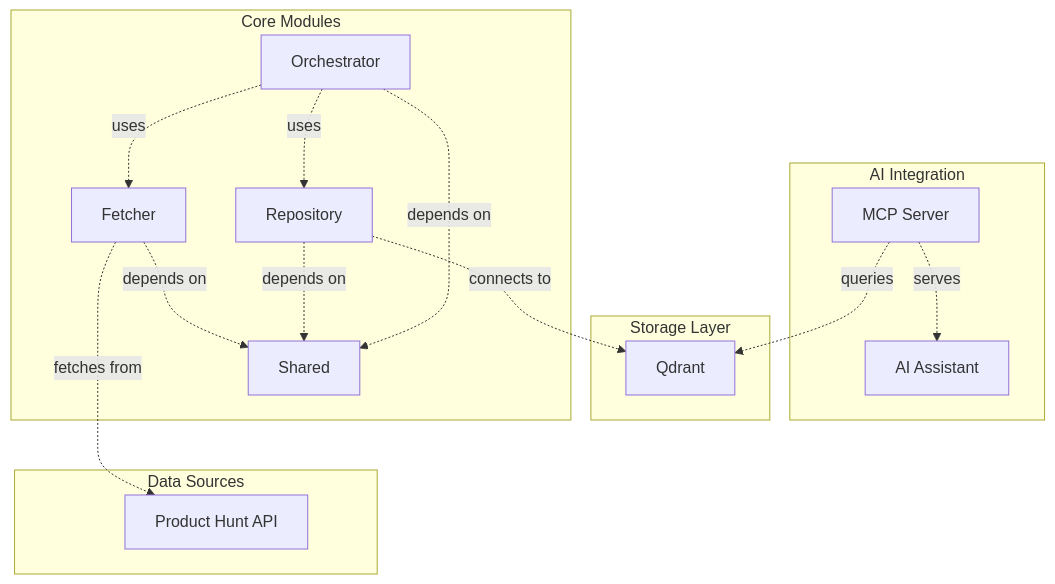
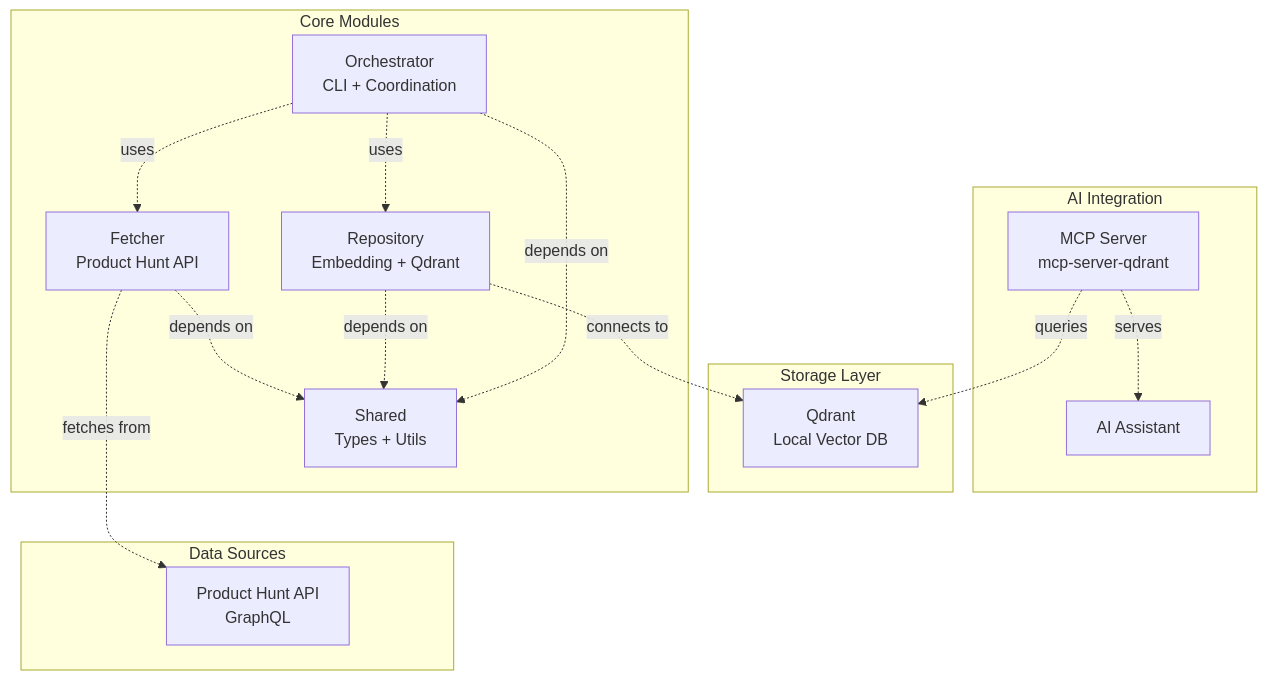
The diagram in README.md (aoki-h-jp/producthunt-mcp-research), drawn with Mermaid before and after one commit. The commit also changed other lines of this file, not shown here.

Commit message:
Rename project from producthunt-mcp-search to producthunt-mcp-research

````diff
--- a/README.md
+++ b/README.md
@@ -9,36 +9,35 @@
 ```mermaid
 graph TB
     subgraph "AI Integration"
-        M[MCP Server]
+        M[MCP Server<br/>mcp-server-qdrant]
         AI[AI Assistant]
     end
 
     subgraph "Storage Layer"
-        L[Qdrant]
+        L[Qdrant<br/>Local Vector DB]
     end
 
     subgraph "Core Modules"
-        F[Fetcher]
-        R[Repository]
-        O[Orchestrator]
-        S[Shared]
+        F[Fetcher<br/>Product Hunt API]
+        R[Repository<br/>Embedding + Qdrant]
+        O[Orchestrator<br/>CLI + Coordination]
+        S[Shared<br/>Types + Utils]
     end
 
     subgraph "Data Sources"
-        PH[Product Hunt API]
+        PH[Product Hunt API<br/>GraphQL]
     end
 
     %% Core Modules <--> Storage Layer/AI Integration
     F -.->|depends on| S
     R -.->|depends on| S
     O -.->|depends on| S
     O -.->|uses| F
     O -.->|uses| R
     R -.->|connects to| L
     M -.->|queries| L
     F -.->|fetches from| PH
     M -.->|serves| AI
 
-    %% PHをグラフの一番下に寄せるための不可視リンク
     S ~~~ PH
 ```
````
